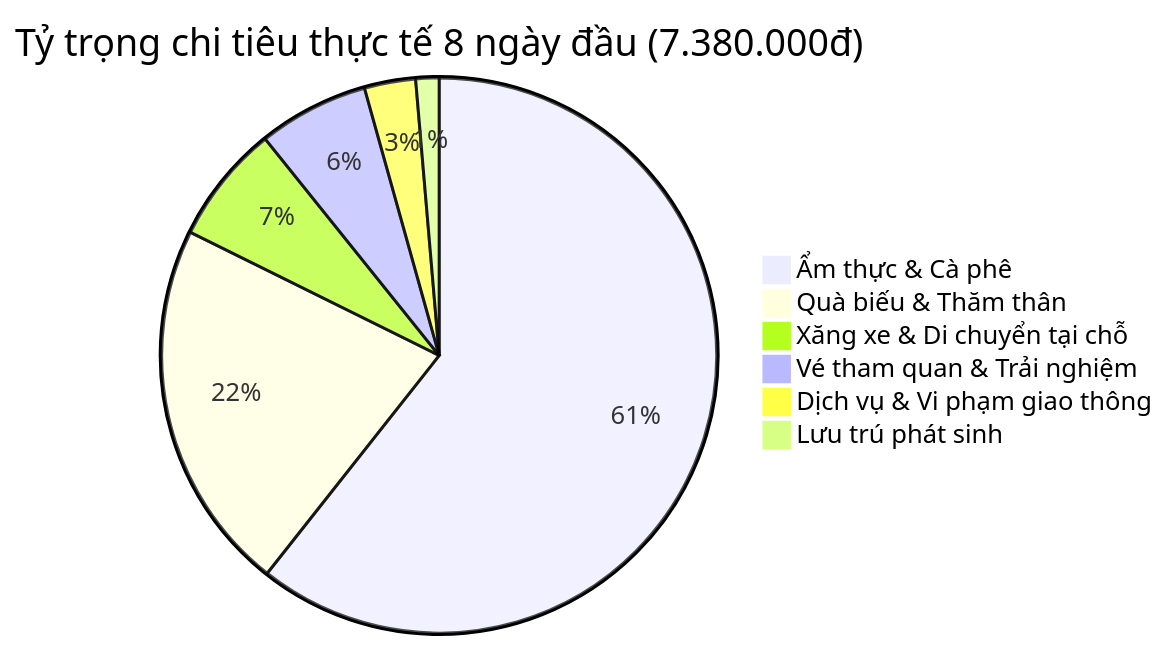
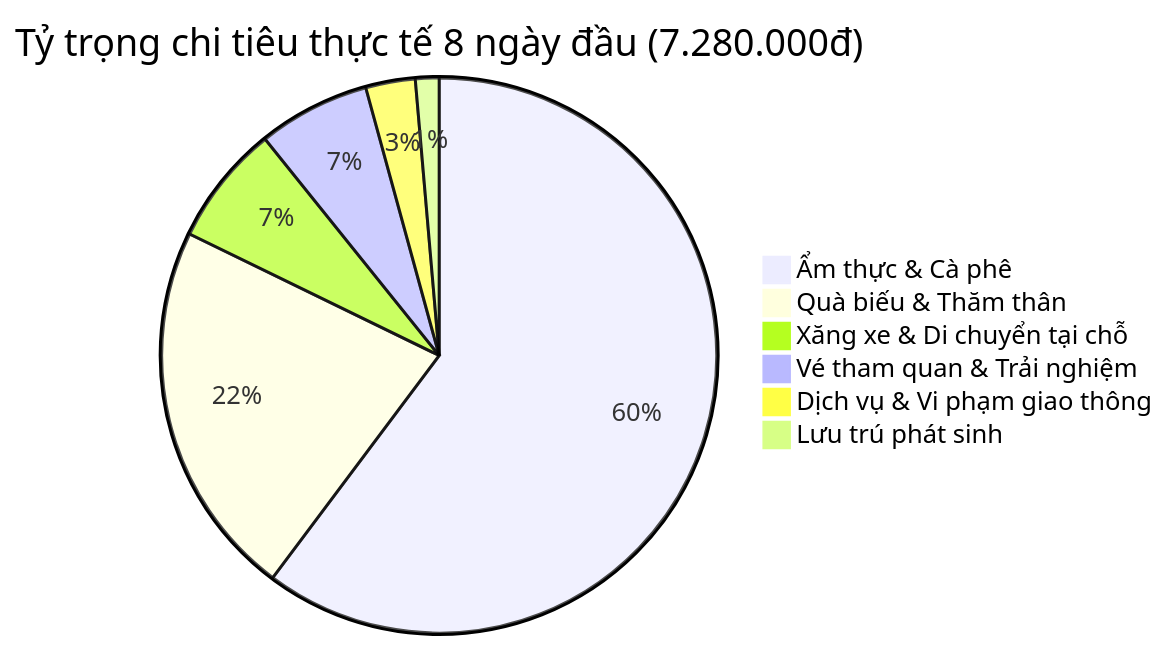
One commit to conghc98vn/trip-plan-tay-bac changed the diagram in info/tong_hop_chi_phi.md. Above: the diagram before and after it, drawn with Mermaid. The commit also changed other lines of this file and 3 other files, not shown here.

````diff
--- a/info/tong_hop_chi_phi.md
+++ b/info/tong_hop_chi_phi.md
@@ -217,9 +217,9 @@
 ```mermaid
-pie title Tỷ trọng chi tiêu thực tế 8 ngày đầu (7.380.000đ)
-    "Ẩm thực & Cà phê" : 4475000
+pie title Tỷ trọng chi tiêu thực tế 8 ngày đầu (7.280.000đ)
+    "Ẩm thực & Cà phê" : 4385000
     "Quà biếu & Thăm thân" : 1600000
     "Xăng xe & Di chuyển tại chỗ" : 510000
     "Vé tham quan & Trải nghiệm" : 475000
-    "Dịch vụ & Vi phạm giao thông" : 220000
+    "Dịch vụ & Vi phạm giao thông" : 210000
     "Lưu trú phát sinh" : 100000
 ```
````
